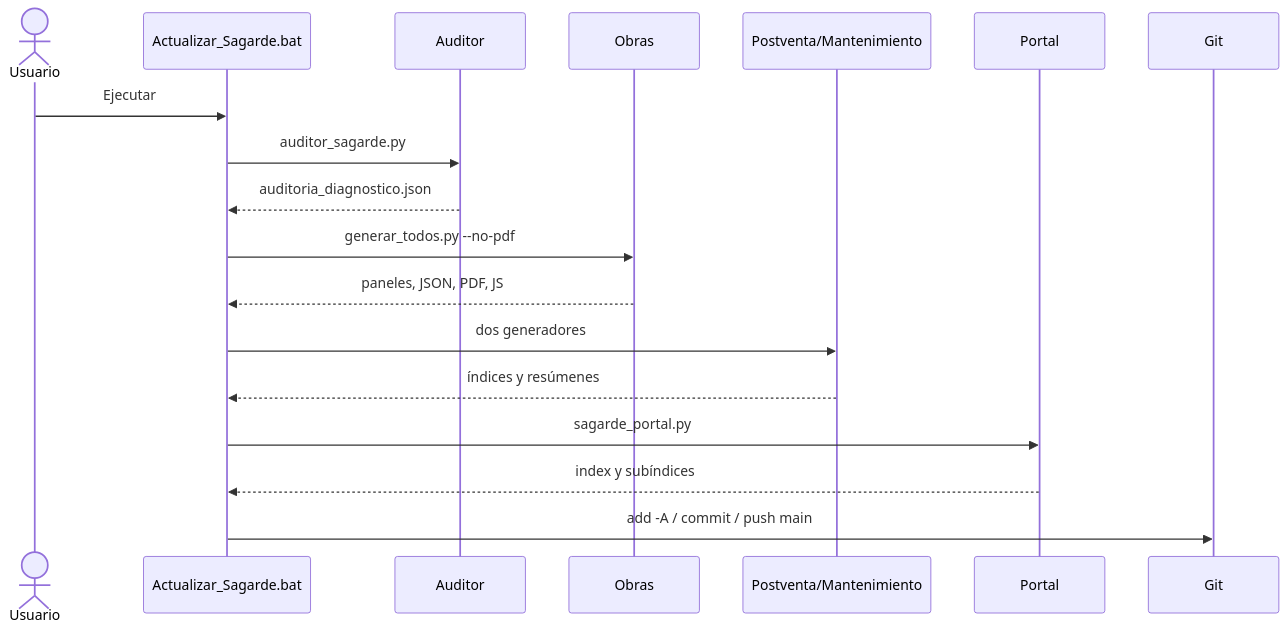
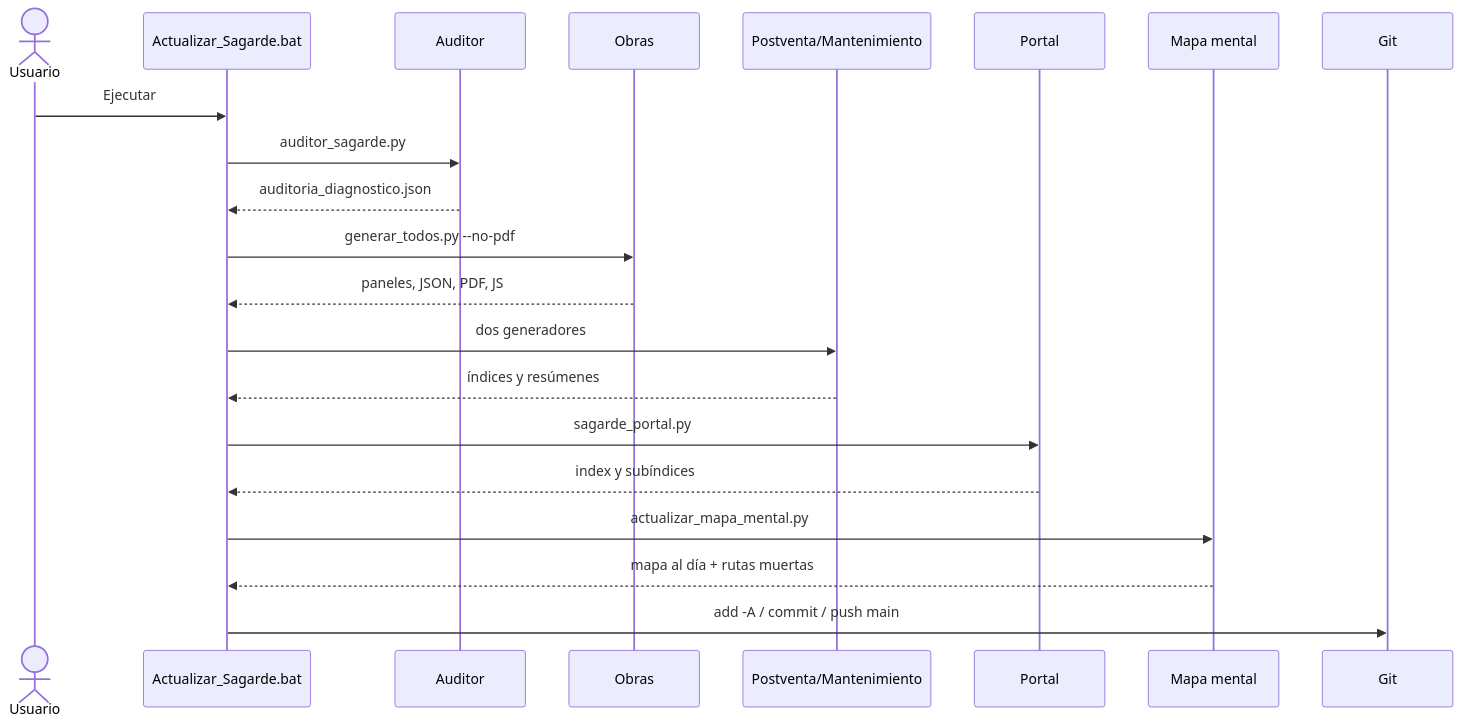
The fourth of 4 diagrams in _SISTEMA/docs/SAGARDE_MAPA_MENTAL_ENTORNO.md (bixente-69/centro-mando-sagarde), drawn with Mermaid before and after one commit. The commit also changed other lines of this file and 132 other files, not shown here.

````diff
--- a/_SISTEMA/docs/SAGARDE_MAPA_MENTAL_ENTORNO.md
+++ b/_SISTEMA/docs/SAGARDE_MAPA_MENTAL_ENTORNO.md
@@ -484,20 +526,23 @@
 ```mermaid
 sequenceDiagram
   actor U as Usuario
   participant B as Actualizar_Sagarde.bat
   participant A as Auditor
   participant O as Obras
   participant P as Postventa/Mantenimiento
   participant R as Portal
+  participant M as Mapa mental
   participant G as Git
   U->>B: Ejecutar
   B->>A: auditor_sagarde.py
   A-->>B: auditoria_diagnostico.json
   B->>O: generar_todos.py --no-pdf
   O-->>B: paneles, JSON, PDF, JS
   B->>P: dos generadores
   P-->>B: índices y resúmenes
   B->>R: sagarde_portal.py
   R-->>B: index y subíndices
+  B->>M: actualizar_mapa_mental.py
+  M-->>B: mapa al día + rutas muertas
   B->>G: add -A / commit / push main
 ```
````
